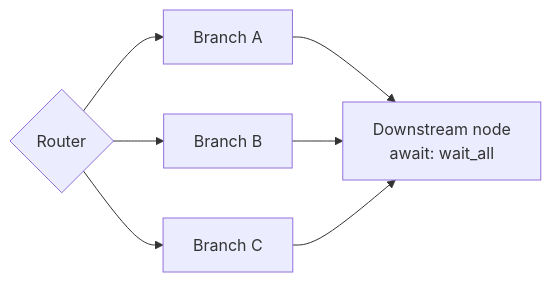
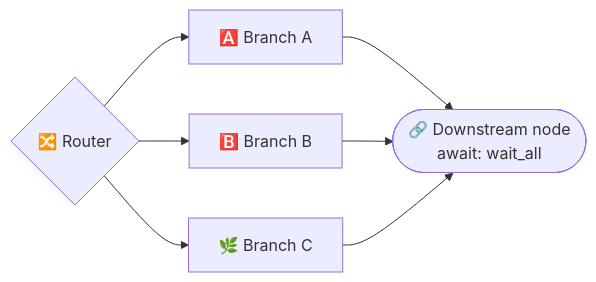
One commit to SocialGouv/iterion changed the diagram in docs/routers.md. Above: the diagram before and after it, drawn with Mermaid. The commit also changed 13 other files, not shown here.

````diff
--- a/docs/routers.md
+++ b/docs/routers.md
@@ -5,9 +5,9 @@
 ```mermaid
 flowchart LR
-  R{"Router"} --> A["Branch A"]
-  R --> B["Branch B"]
-  R --> C["Branch C"]
-  A --> J["Downstream node<br/>await: wait_all"]
+  R{"🔀 Router"} --> A["🅰️ Branch A"]
+  R --> B["🅱️ Branch B"]
+  R --> C["🌿 Branch C"]
+  A --> J(["🔗 Downstream node<br/>await: wait_all"])
   B --> J
   C --> J
 ```
````
